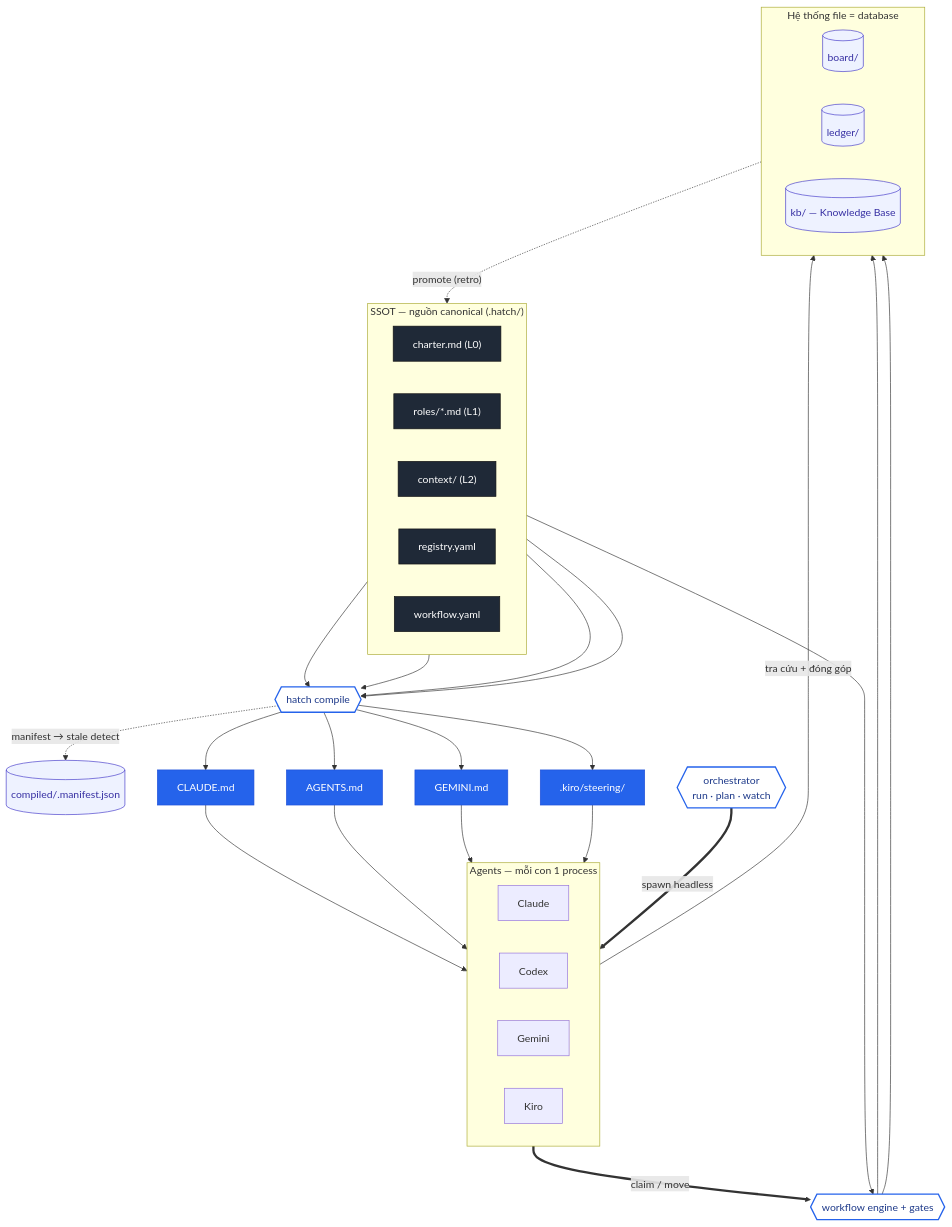
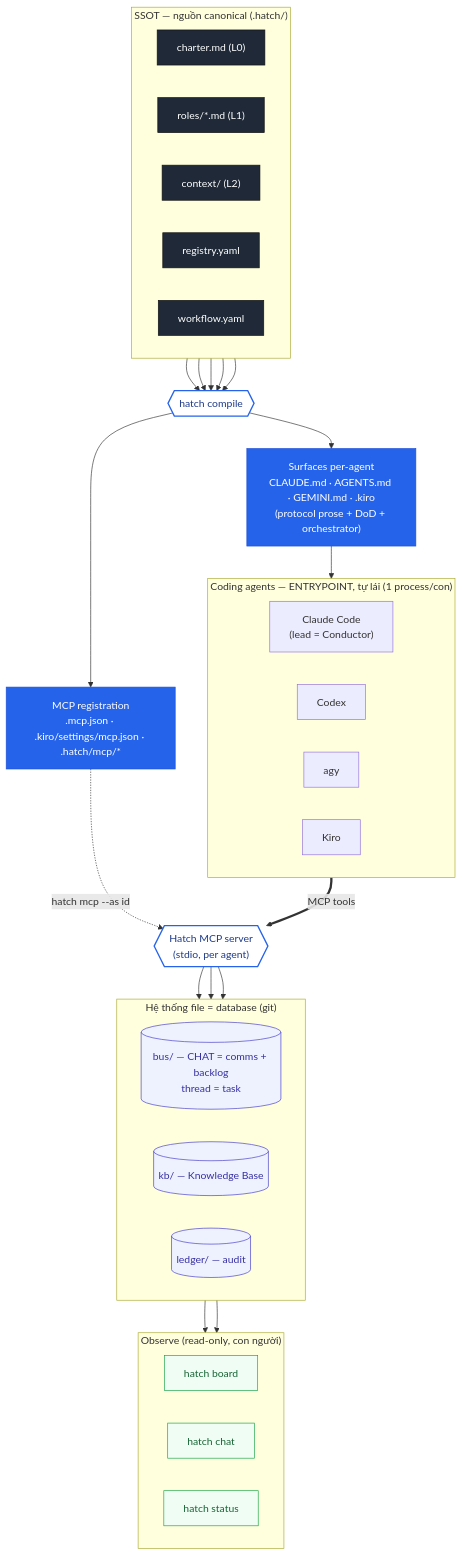
The first of 2 diagrams in hatch/docs/architecture-diagram.md (fioenix/hatch), drawn with Mermaid before and after one commit. The commit also changed other lines of this file and 1 other file, not shown here.

First line of the commit message:
hatch: redraw architecture diagrams + add install/onboarding guide

````diff
--- a/hatch/docs/architecture-diagram.md
+++ b/hatch/docs/architecture-diagram.md
@@ -73,52 +95,57 @@
 ```mermaid
 flowchart TB
   classDef ssot fill:#1f2937,color:#fff,stroke:#111;
   classDef surf fill:#2563eb,color:#fff,stroke:#1d4ed8;
   classDef store fill:#eef2ff,stroke:#4338ca,color:#3730a3;
   classDef eng fill:#fff,stroke:#2563eb,color:#1e3a8a,stroke-width:2px;
+  classDef obs fill:#f0fdf4,stroke:#16a34a,color:#166534;
 
   subgraph SSOT["SSOT — nguồn canonical (.hatch/)"]
     direction LR
     CH["charter.md (L0)"]:::ssot
     RO["roles/*.md (L1)"]:::ssot
     CX["context/ (L2)"]:::ssot
     REG["registry.yaml"]:::ssot
     WF["workflow.yaml"]:::ssot
   end
   COMPILER{{"hatch compile"}}:::eng
   CH --> COMPILER
   RO --> COMPILER
   CX --> COMPILER
   REG --> COMPILER
-  COMPILER -. "manifest → stale detect" .-> MAN[("compiled/.manifest.json")]:::store
-  COMPILER --> S1["CLAUDE.md"]:::surf
-  COMPILER --> S2["AGENTS.md"]:::surf
-  COMPILER --> S3["GEMINI.md"]:::surf
-  COMPILER --> S4[".kiro/steering/"]:::surf
-  subgraph AGENTS["Agents — mỗi con 1 process"]
+  WF --> COMPILER
+  COMPILER --> SURF["Surfaces per-agent<br/>CLAUDE.md · AGENTS.md · GEMINI.md · .kiro<br/>(protocol prose + DoD + orchestrator)"]:::surf
+  COMPILER --> MCPREG["MCP registration<br/>.mcp.json · .kiro/settings/mcp.json · .hatch/mcp/*"]:::surf
+
+  subgraph AGENTS["Coding agents — ENTRYPOINT, tự lái (1 process/con)"]
     direction LR
-    A1["Claude"]
+    A1["Claude Code<br/>(lead = Conductor)"]
     A2["Codex"]
-    A3["Gemini"]
+    A3["agy"]
     A4["Kiro"]
   end
-  S1 --> A1
-  S2 --> A2
-  S3 --> A3
-  S4 --> A4
-  ORCH{{"orchestrator<br/>run · plan · watch"}}:::eng
-  ORCH == "spawn headless" ==> AGENTS
-  ENGINE{{"workflow engine + gates"}}:::eng
-  WF --> ENGINE
-  subgraph STORE["Hệ thống file = database"]
+  SURF --> AGENTS
+  MCPREG -. "hatch mcp --as id" .-> MCP
+
+  MCP{{"Hatch MCP server<br/>(stdio, per agent)"}}:::eng
+  AGENTS == "MCP tools" ==> MCP
+
+  subgraph STORE["Hệ thống file = database (git)"]
     direction LR
-    BOARD[("board/")]:::store
-    LEDGER[("ledger/")]:::store
+    BUS[("bus/ — CHAT = comms + backlog<br/>thread = task")]:::store
     KB[("kb/ — Knowledge Base")]:::store
+    LEDGER[("ledger/ — audit")]:::store
   end
-  AGENTS == "claim / move" ==> ENGINE
-  ENGINE --> BOARD
-  ENGINE --> LEDGER
-  AGENTS -- "tra cứu + đóng góp" --> KB
-  KB -. "promote (retro)" .-> CX
+  MCP --> BUS
+  MCP --> KB
+  MCP --> LEDGER
+
+  subgraph OBS["Observe (read-only, con người)"]
+    direction LR
+    O1["hatch board"]:::obs
+    O2["hatch chat"]:::obs
+    O3["hatch status"]:::obs
+  end
+  BUS --> OBS
+  LEDGER --> OBS
 ```
````
